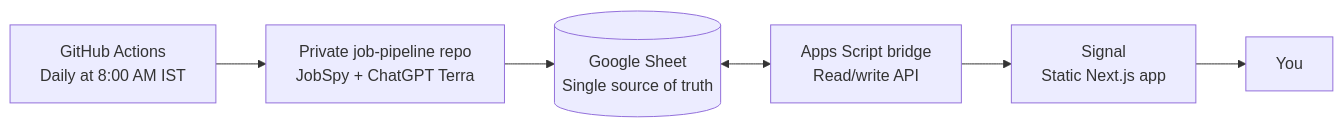
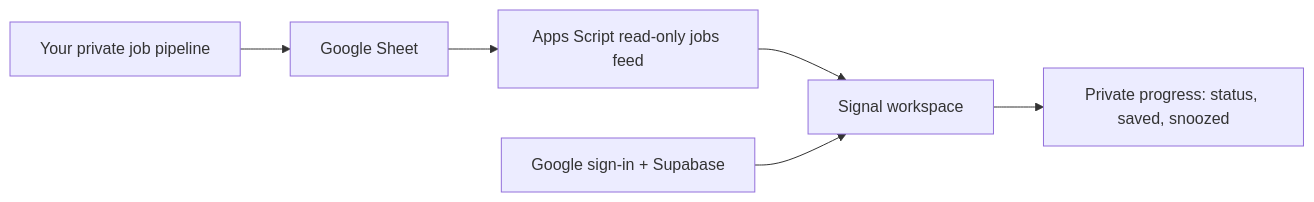
Before and after one commit to Aditya-Ramachandran/Signal: the diagram in README.md, drawn with Mermaid. The commit also changed other lines of this file and 5 other files, not shown here.

````diff
--- a/README.md
+++ b/README.md
@@ -43,8 +44,8 @@
 ```mermaid
 flowchart LR
-    A[GitHub Actions\nDaily at 8:00 AM IST] --> B[Private job-pipeline repo\nJobSpy + ChatGPT Terra]
-    B --> C[(Google Sheet\nSingle source of truth)]
-    C <--> D[Apps Script bridge\nRead/write API]
-    D --> E[Signal\nStatic Next.js app]
-    E --> F[You]
+  A[Your private job pipeline] --> B[Google Sheet]
+  B --> C[Apps Script read-only jobs feed]
+  C --> D[Signal workspace]
+  E[Google sign-in + Supabase] --> D
+  D --> F[Private progress: status, saved, snoozed]
 ```
````
